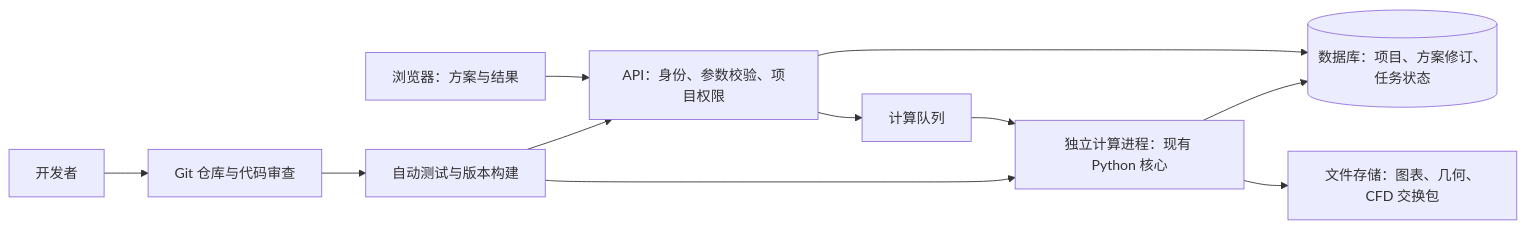
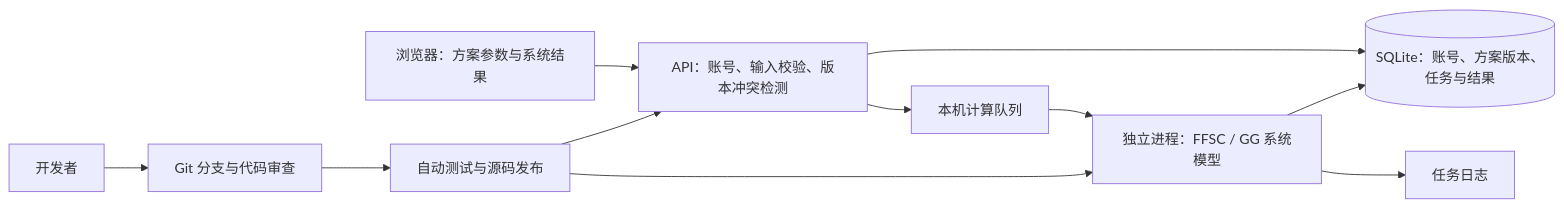
One commit to liyunfei1994/lre-workbench changed the diagram in docs/PLATFORM_PLAN.md. Above: the diagram before and after it, drawn with Mermaid. The commit also changed other lines of this file and 208 other files, not shown here.

````diff
--- a/docs/PLATFORM_PLAN.md
+++ b/docs/PLATFORM_PLAN.md
@@ -23,13 +43,13 @@
 ```mermaid
 flowchart LR
-    A[浏览器：方案与结果] --> B[API：身份、参数校验、项目权限]
-    B --> C[(数据库：项目、方案修订、任务状态)]
-    B --> D[计算队列]
-    D --> E[独立计算进程：现有 Python 核心]
-    E --> F[文件存储：图表、几何、CFD 交换包]
+    A[浏览器：方案参数与系统结果] --> B[API：账号、输入校验、版本冲突检测]
+    B --> C[(SQLite：账号、方案版本、任务与结果)]
+    B --> D[本机计算队列]
+    D --> E[独立进程：FFSC / GG 系统模型]
     E --> C
-    G[开发者] --> H[Git 仓库与代码审查]
-    H --> I[自动测试与版本构建]
+    E --> F[任务日志]
+    G[开发者] --> H[Git 分支与代码审查]
+    H --> I[自动测试与源码发布]
     I --> B
     I --> E
 ```
````
